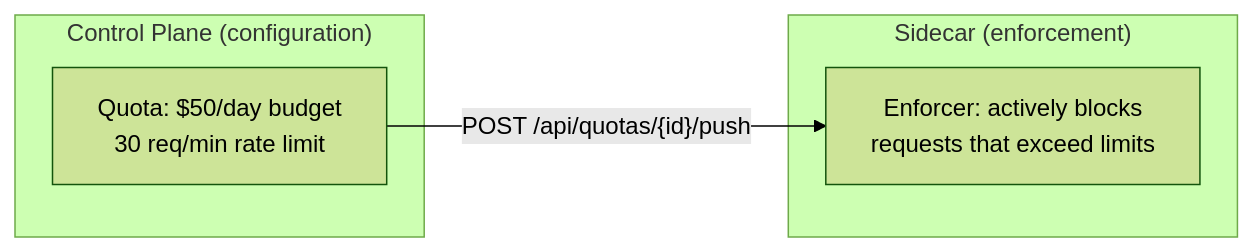
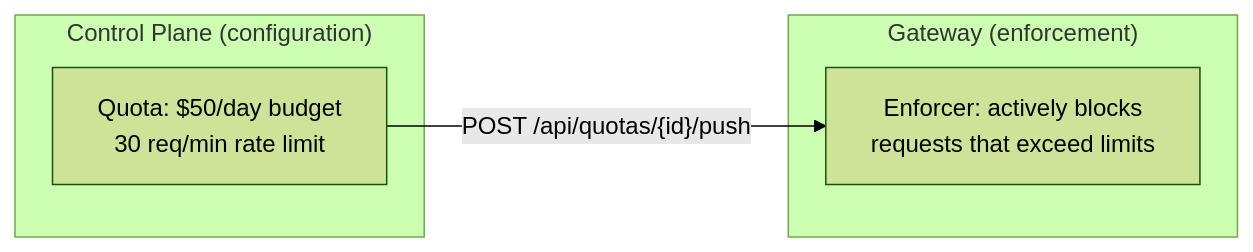
Before and after one commit to hk-775/ostiari: the second of 3 diagrams in control-plane/README.md, drawn with Mermaid (forest theme). The commit also changed other lines of this file and 21 other files, not shown here.

````diff
--- a/control-plane/README.md
+++ b/control-plane/README.md
@@ -303,12 +481,12 @@
 ```mermaid
 graph LR
     subgraph "Control Plane (configuration)"
         Q[Quota: $50/day budget<br/>30 req/min rate limit]
     end
 
-    subgraph "Sidecar (enforcement)"
+    subgraph "Gateway (enforcement)"
         E[Enforcer: actively blocks<br/>requests that exceed limits]
     end
 
     Q -->|"POST /api/quotas/{id}/push"| E
 ```
````
